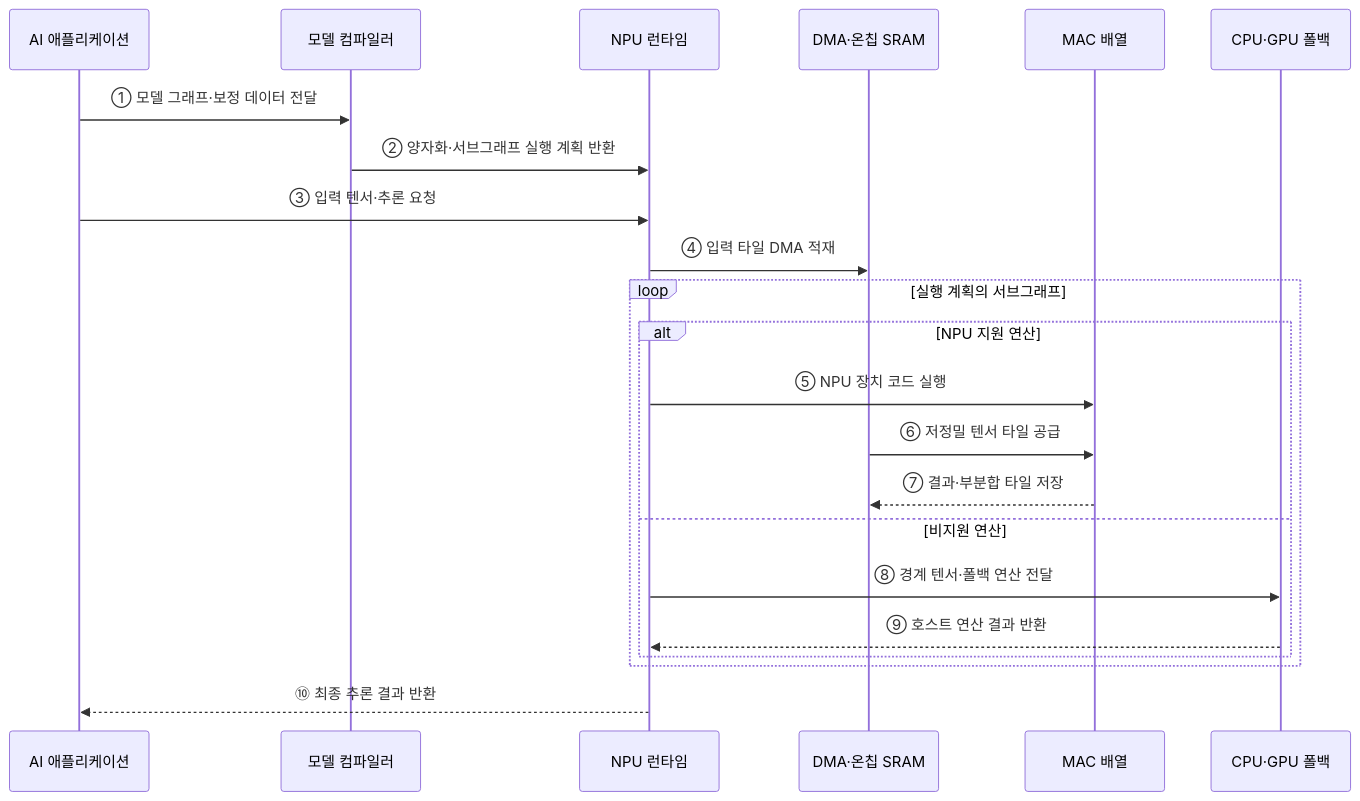
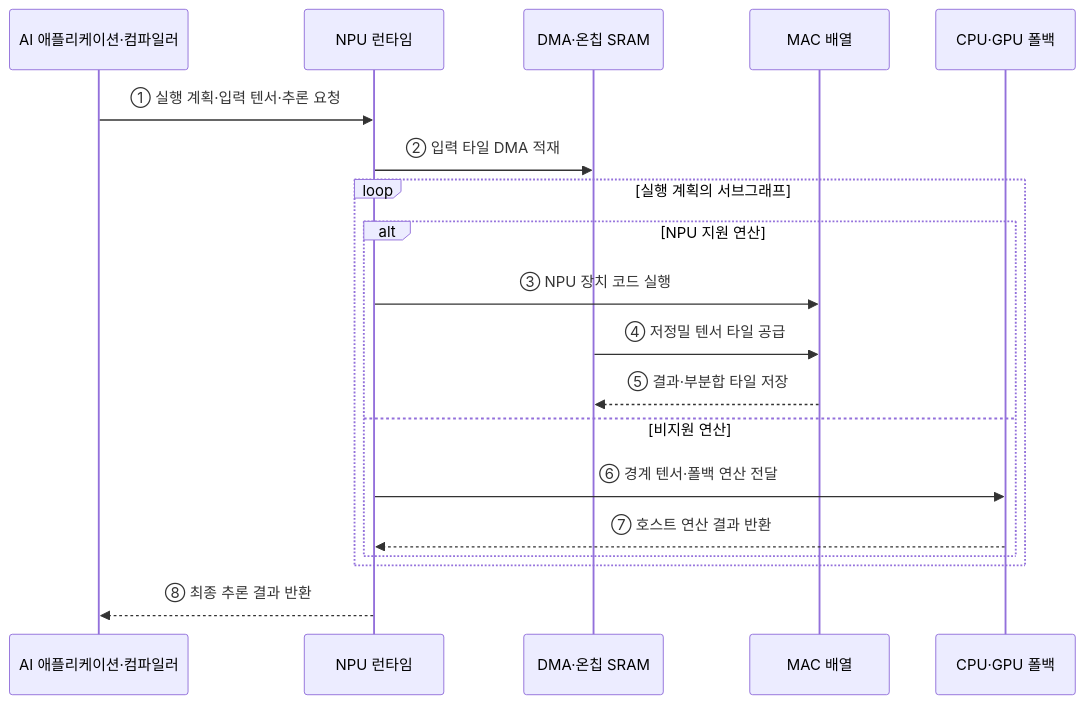
One commit to agnusdei1207/knowledge-base changed the second of 2 diagrams in src/content/docs/notes/02-hardware/044_neural_processing_unit.md. Above: the diagram before and after it, drawn with Mermaid. The commit also changed other lines of this file and 20 other files, not shown here.

````diff
--- a/src/content/docs/notes/02-hardware/044_neural_processing_unit.md
+++ b/src/content/docs/notes/02-hardware/044_neural_processing_unit.md
@@ -85,25 +76,22 @@
 ```mermaid
 sequenceDiagram
-    participant A as AI 애플리케이션
-    participant C as 모델 컴파일러
+    participant A as AI 애플리케이션·컴파일러
     participant R as NPU 런타임
     participant M as DMA·온칩 SRAM
     participant N as MAC 배열
     participant H as CPU·GPU 폴백
 
-    A->>C: ① 모델 그래프·보정 데이터 전달
-    C->>R: ② 양자화·서브그래프 실행 계획 반환
-    A->>R: ③ 입력 텐서·추론 요청
-    R->>M: ④ 입력 타일 DMA 적재
+    A->>R: ① 실행 계획·입력 텐서·추론 요청
+    R->>M: ② 입력 타일 DMA 적재
     loop 실행 계획의 서브그래프
         alt NPU 지원 연산
-            R->>N: ⑤ NPU 장치 코드 실행
-            M->>N: ⑥ 저정밀 텐서 타일 공급
-            N-->>M: ⑦ 결과·부분합 타일 저장
+            R->>N: ③ NPU 장치 코드 실행
+            M->>N: ④ 저정밀 텐서 타일 공급
+            N-->>M: ⑤ 결과·부분합 타일 저장
         else 비지원 연산
-            R->>H: ⑧ 경계 텐서·폴백 연산 전달
-            H-->>R: ⑨ 호스트 연산 결과 반환
+            R->>H: ⑥ 경계 텐서·폴백 연산 전달
+            H-->>R: ⑦ 호스트 연산 결과 반환
         end
     end
-    R-->>A: ⑩ 최종 추론 결과 반환
+    R-->>A: ⑧ 최종 추론 결과 반환
 ```
````
